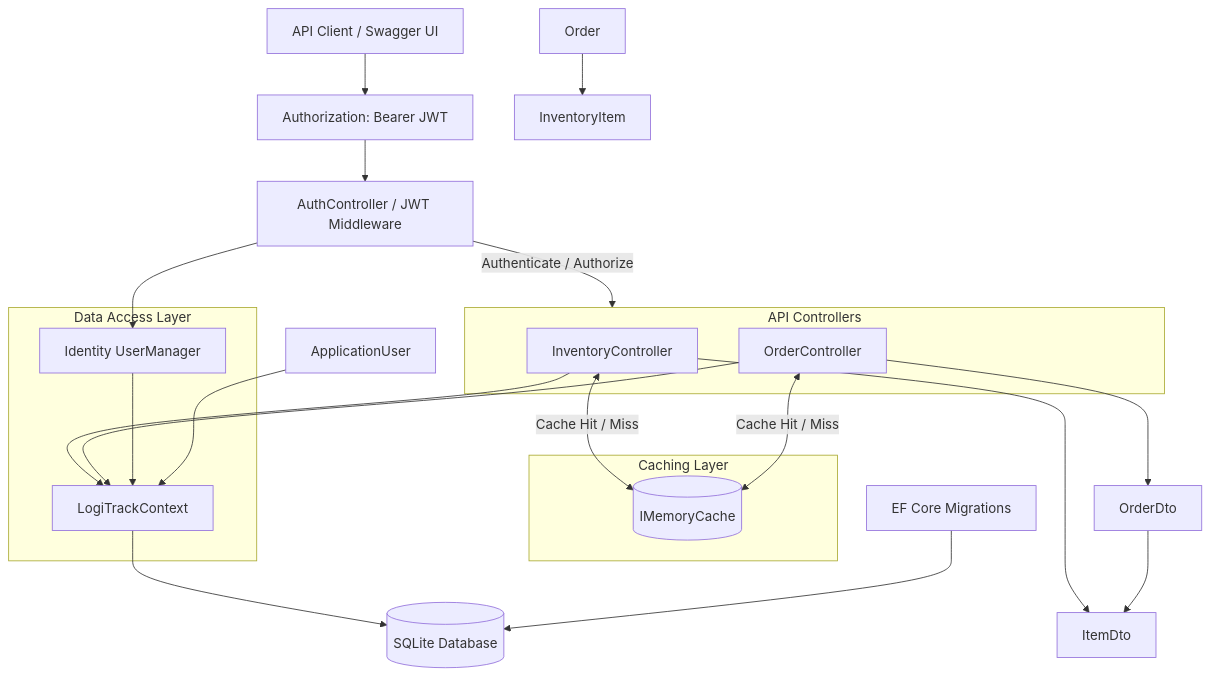
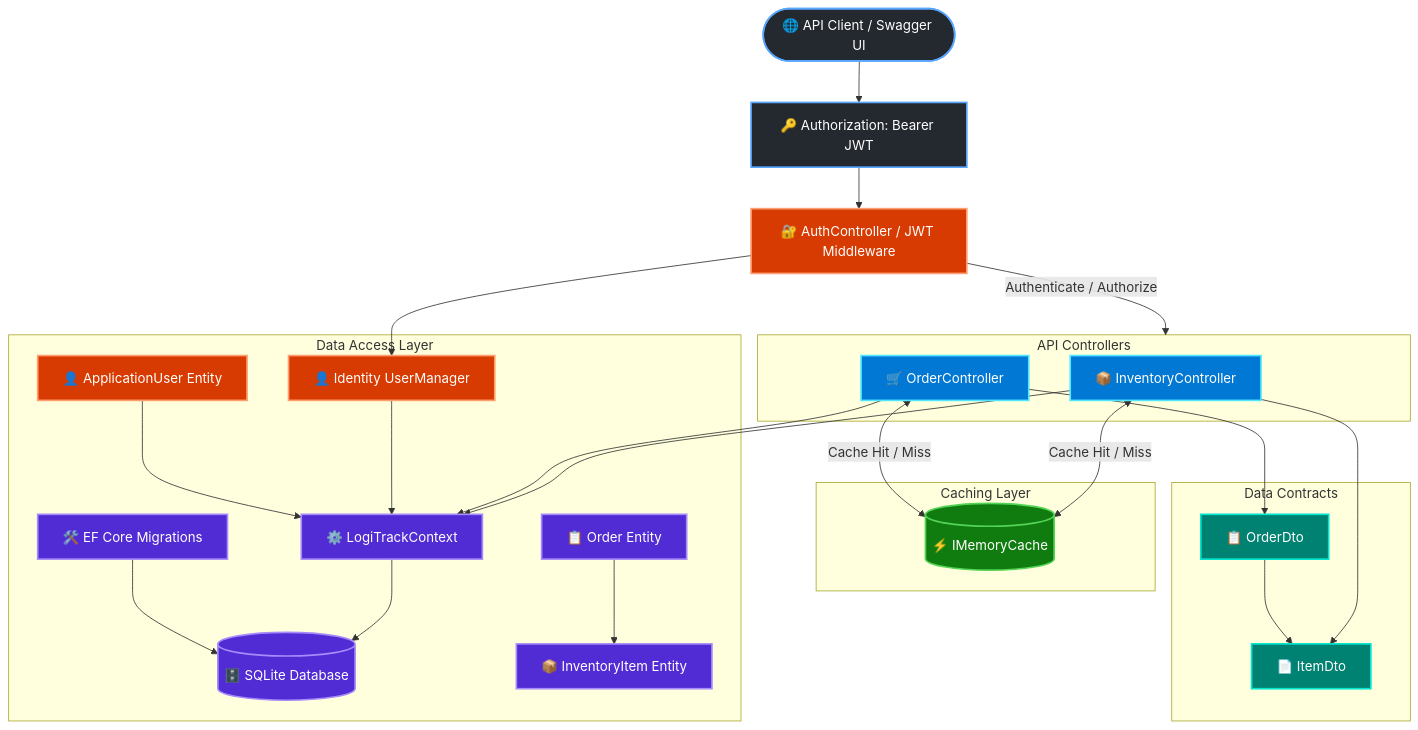
The diagram in docs/architecture.md (boricua007/MSFD_LogiTrack), drawn with Mermaid before and after one commit.

Commit message:
docs: add Mermaid colorization and emojis to architecture diagram matching Azure-Deployment-Scripts style

````diff
--- a/docs/architecture.md
+++ b/docs/architecture.md
@@ -5,39 +5,70 @@
 ```mermaid
 flowchart TD
-    Client[API Client / Swagger UI] --> AuthHeader[Authorization: Bearer JWT]
-    AuthHeader --> AuthCtrl[AuthController / JWT Middleware]
-    
-    AuthCtrl -->|Authenticate / Authorize| Controllers
+    %% Nodes
+    Client(["🌐 API Client / Swagger UI"])
+    AuthHeader["🔑 Authorization: Bearer JWT"]
+    AuthCtrl["🔐 AuthController / JWT Middleware"]
     
     subgraph Controllers [API Controllers]
-        Inventory[InventoryController]
-        Orders[OrderController]
+        Inventory["📦 InventoryController"]
+        Orders["🛒 OrderController"]
     end
 
     subgraph Caching [Caching Layer]
-        MemCache[(IMemoryCache)]
+        MemCache[("⚡ IMemoryCache")]
     end
+
+    subgraph Contracts [Data Contracts]
+        ItemDto["📄 ItemDto"]
+        OrderDto["📋 OrderDto"]
+    end
+
+    subgraph Persistence [Data Access Layer]
+        Context["⚙️ LogiTrackContext"]
+        UserManager["👤 Identity UserManager"]
+        SQLite[("🗄️ SQLite Database")]
+        Migrations["🛠️ EF Core Migrations"]
+        Order["📋 Order Entity"]
+        Items["📦 InventoryItem Entity"]
+        AppUser["👤 ApplicationUser Entity"]
+    end
+
+    %% Flow Connections
+    Client --> AuthHeader
+    AuthHeader --> AuthCtrl
+    AuthCtrl -->|Authenticate / Authorize| Controllers
 
     Inventory <-->|Cache Hit / Miss| MemCache
     Orders <-->|Cache Hit / Miss| MemCache
 
-    Inventory --> ItemDto[ItemDto]
-    Orders --> OrderDto[OrderDto]
+    Inventory --> ItemDto
+    Orders --> OrderDto
     OrderDto --> ItemDto
-
-    subgraph Persistence [Data Access Layer]
-        Context[LogiTrackContext]
-        UserManager[Identity UserManager]
-    end
 
     Inventory --> Context
     Orders --> Context
     AuthCtrl --> UserManager
     UserManager --> Context
 
-    Context --> SQLite[(SQLite Database)]
-    Migrations[EF Core Migrations] --> SQLite
+    Context --> SQLite
+    Migrations --> SQLite
 
-    Order[Order] --> Items[InventoryItem]
-    AppUser[ApplicationUser] --> Context
+    Order --> Items
+    AppUser --> Context
+
+    %% Styling Definitions
+    classDef client fill:#24292f,stroke:#58a6ff,stroke-width:2px,color:#ffffff
+    classDef security fill:#D83B01,stroke:#ff9f70,stroke-width:2px,color:#ffffff
+    classDef compute fill:#0078D4,stroke:#50e6ff,stroke-width:2px,color:#ffffff
+    classDef cache fill:#107C10,stroke:#54d454,stroke-width:2px,color:#ffffff
+    classDef dto fill:#008272,stroke:#00e5ce,stroke-width:2px,color:#ffffff
+    classDef database fill:#512BD4,stroke:#a78bfa,stroke-width:2px,color:#ffffff
+
+    %% Class Assignments
+    class Client,AuthHeader client
+    class AuthCtrl,UserManager,AppUser security
+    class Inventory,Orders compute
+    class MemCache cache
+    class ItemDto,OrderDto dto
+    class Context,SQLite,Migrations,Order,Items database
 ```
````
